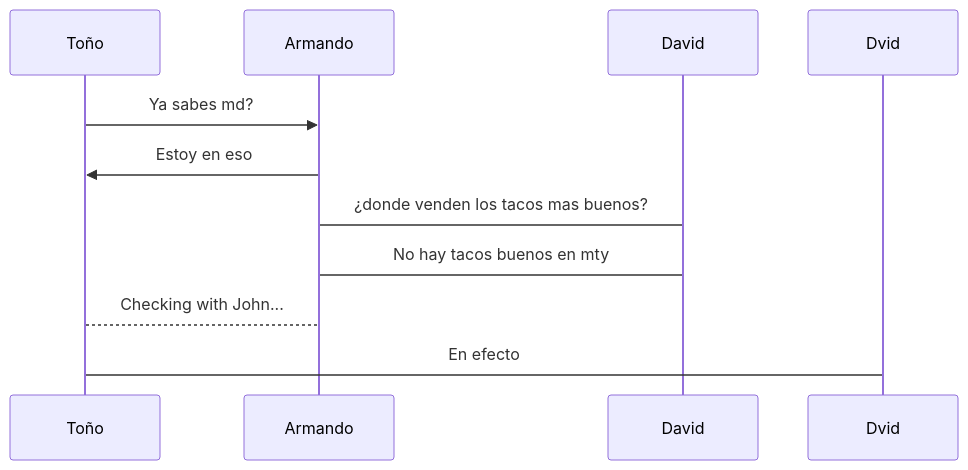
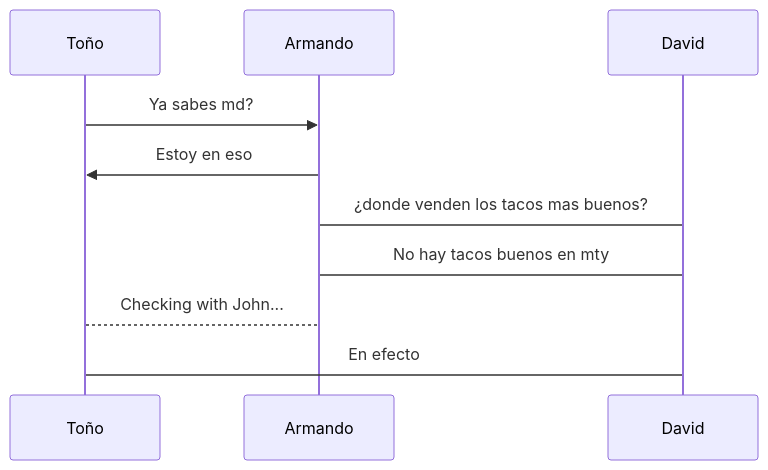
One commit to Armandoriv/bu changed the diagram in hola.md. Above: the diagram before and after it, drawn with Mermaid.

````diff
--- a/hola.md
+++ b/hola.md
@@ -7,10 +7,10 @@
 ```mermaid
 sequenceDiagram
 Toño ->> Armando: Ya sabes md?
 Armando->>Toño: Estoy en eso
 Armando-> David: ¿donde venden los tacos mas buenos?
 David-> Armando: No hay tacos buenos en mty
 
 Toño-->Armando: Checking with John...
-Dvid->Toño: En efecto
+David->Toño: En efecto
 ```
````
